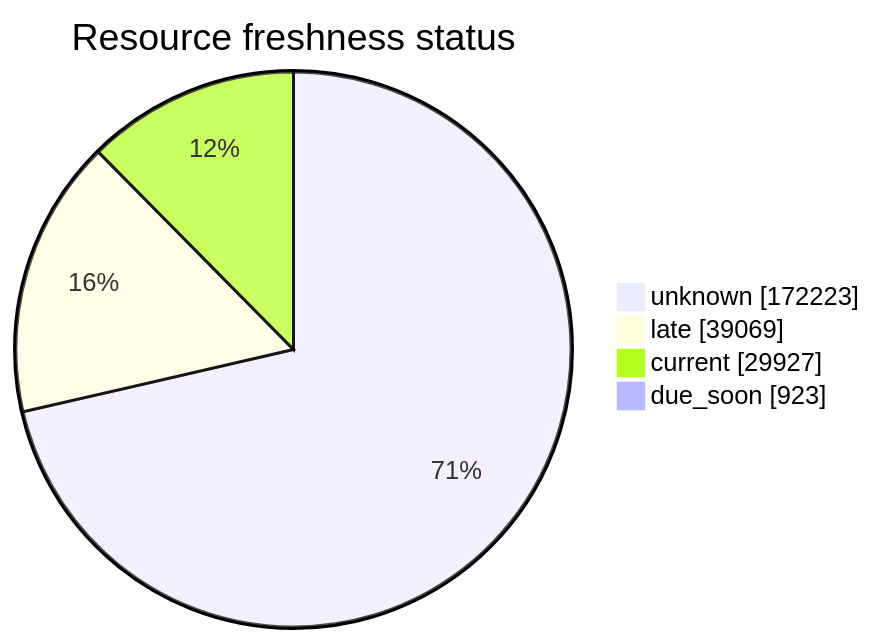
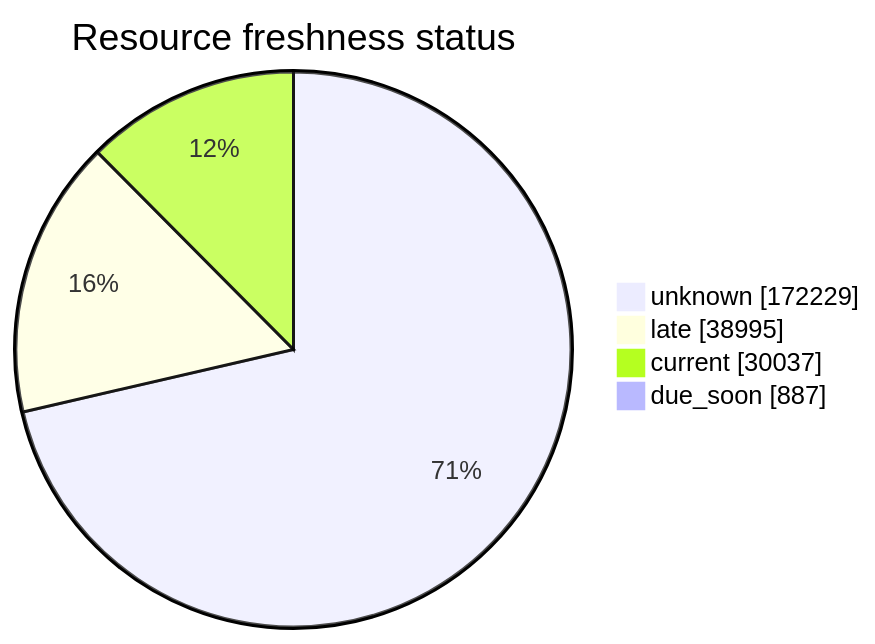
One commit to open-data/analytics-corporate-reporting changed the third of 5 diagrams in FreshCheck/README.md. Above: the diagram before and after it, drawn with Mermaid. The commit also changed other lines of this file and 3 other files, not shown here.

````diff
--- a/FreshCheck/README.md
+++ b/FreshCheck/README.md
@@ -77,7 +77,7 @@
 ```mermaid
 pie showData title Resource freshness status
-    "unknown": 172223
-    "late": 39069
-    "current": 29927
-    "due_soon": 923
+    "unknown": 172229
+    "late": 38995
+    "current": 30037
+    "due_soon": 887
 ```
````
